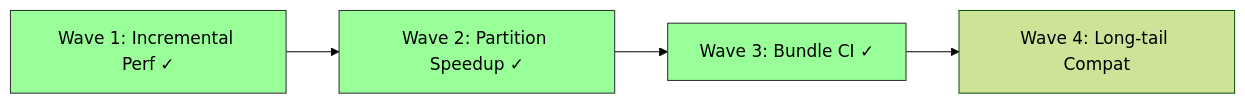
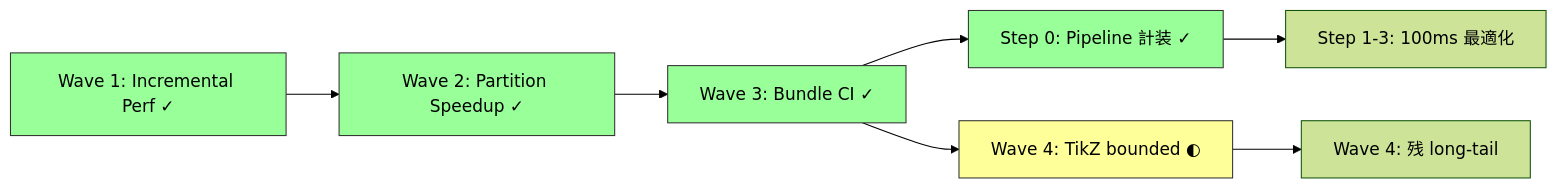
One commit to RK0429/ferritex changed the diagram in docs/planning_report.md. Above: the diagram before and after it, drawn with Mermaid (forest theme). The commit also changed other lines of this file and 8 other files, not shown here.

Commit message:
feat(docs-completion): add stage timing and bounded tikz wave

````diff
--- a/docs/planning_report.md
+++ b/docs/planning_report.md
@@ -103,9 +121,14 @@
 ```mermaid
 graph LR
     W1[Wave 1: Incremental Perf ✓] --> W2[Wave 2: Partition Speedup ✓]
     W2 --> W3[Wave 3: Bundle CI ✓]
-    W3 --> W4[Wave 4: Long-tail Compat]
+    W3 --> S0[Step 0: Pipeline 計装 ✓]
+    W3 --> W4[Wave 4: TikZ bounded ◐]
+    S0 --> S1[Step 1-3: 100ms 最適化]
+    W4 --> W4R[Wave 4: 残 long-tail]
     style W1 fill:#9f9,stroke:#333
     style W2 fill:#9f9,stroke:#333
     style W3 fill:#9f9,stroke:#333
+    style S0 fill:#9f9,stroke:#333
+    style W4 fill:#ff9,stroke:#333
 ```
````
